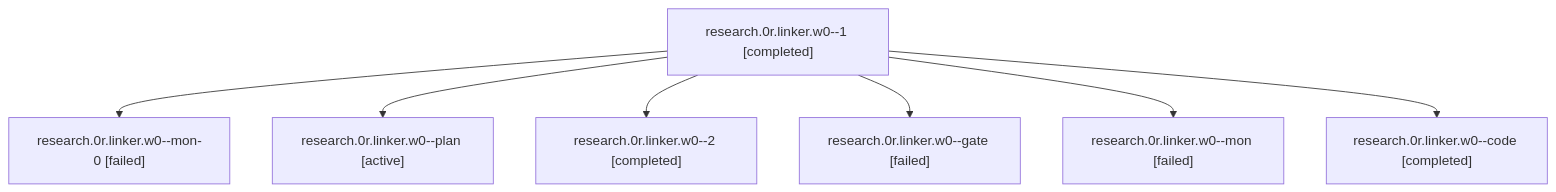
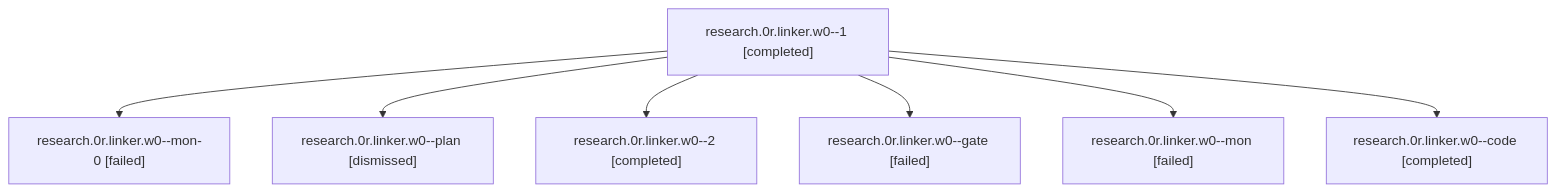
The diagram in sessions/bbugyi200.apollo.research.0r.linker.w0.md (sase-org/sase--agents), drawn with Mermaid before and after one commit. The commit also changed other lines of this file and 825 other files, not shown here.

````diff
--- a/sessions/bbugyi200.apollo.research.0r.linker.w0.md
+++ b/sessions/bbugyi200.apollo.research.0r.linker.w0.md
@@ -9,16 +9,16 @@
 ```mermaid
 flowchart TD
   n0["research.0r.linker.w0--1 [completed]"]
   n1["research.0r.linker.w0--mon-0 [failed]"]
   n0 --> n1
-  n2["research.0r.linker.w0--plan [active]"]
+  n2["research.0r.linker.w0--plan [dismissed]"]
   n0 --> n2
   n3["research.0r.linker.w0--2 [completed]"]
   n0 --> n3
   n4["research.0r.linker.w0--gate [failed]"]
   n0 --> n4
   n5["research.0r.linker.w0--mon [failed]"]
   n0 --> n5
   n6["research.0r.linker.w0--code [completed]"]
   n0 --> n6
 ```
````
